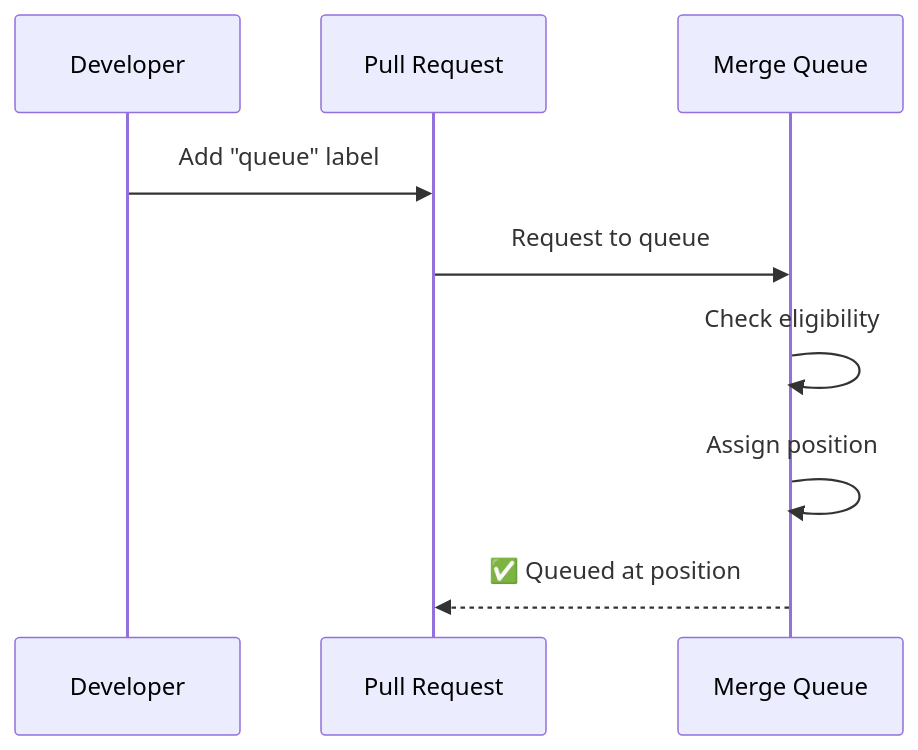
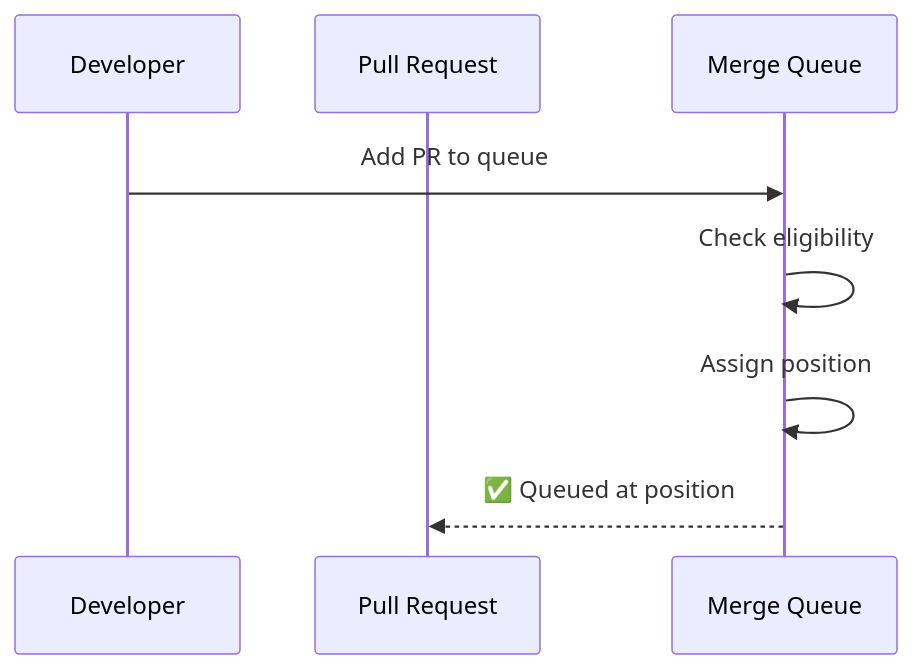
One commit to Mergifyio/merge-queue-academy changed the second of 11 diagrams in src/content/docs/introduction/how-merge-queues-work.md. Above: the diagram before and after it, drawn with Mermaid. The commit also changed other lines of this file and 4 other files, not shown here.

````diff
--- a/src/content/docs/introduction/how-merge-queues-work.md
+++ b/src/content/docs/introduction/how-merge-queues-work.md
@@ -35,12 +35,11 @@
 ```mermaid
 sequenceDiagram
     participant Dev as Developer
     participant PR as Pull Request
     participant MQ as Merge Queue
 
-    Dev->>PR: Add "queue" label
-    PR->>MQ: Request to queue
+    Dev->>MQ: Add PR to queue
     MQ->>MQ: Check eligibility
     MQ->>MQ: Assign position #3
     MQ-->>PR: ✅ Queued at position #3
 ```
````
